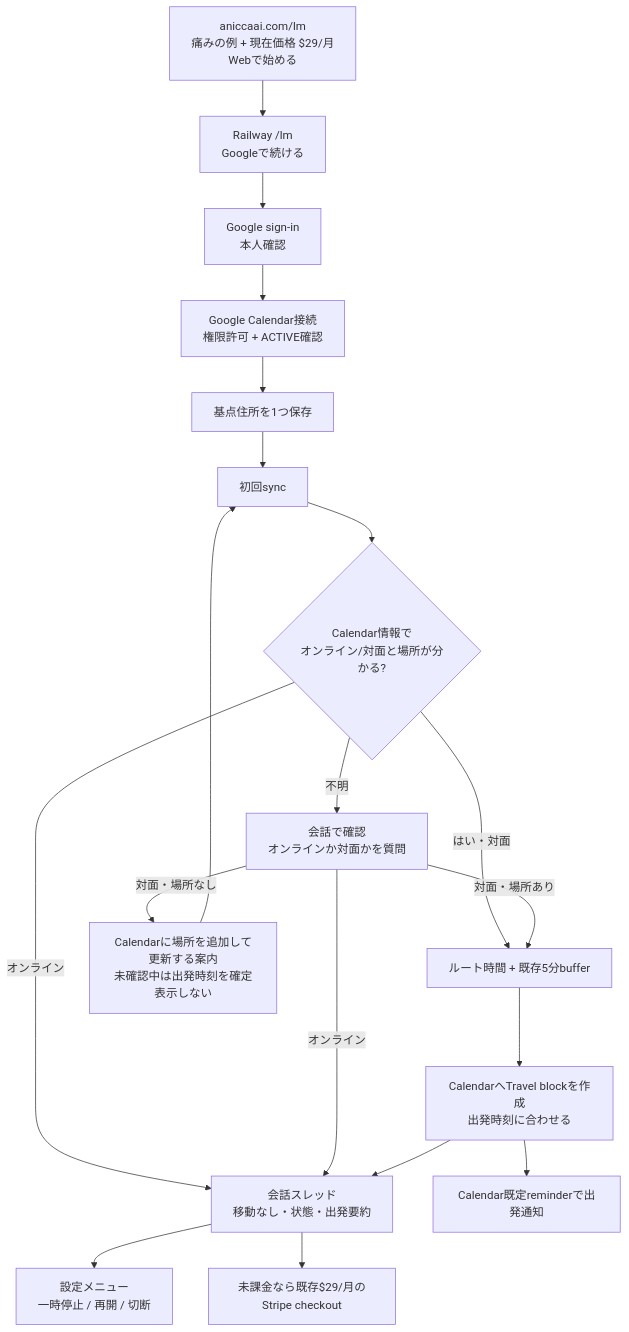
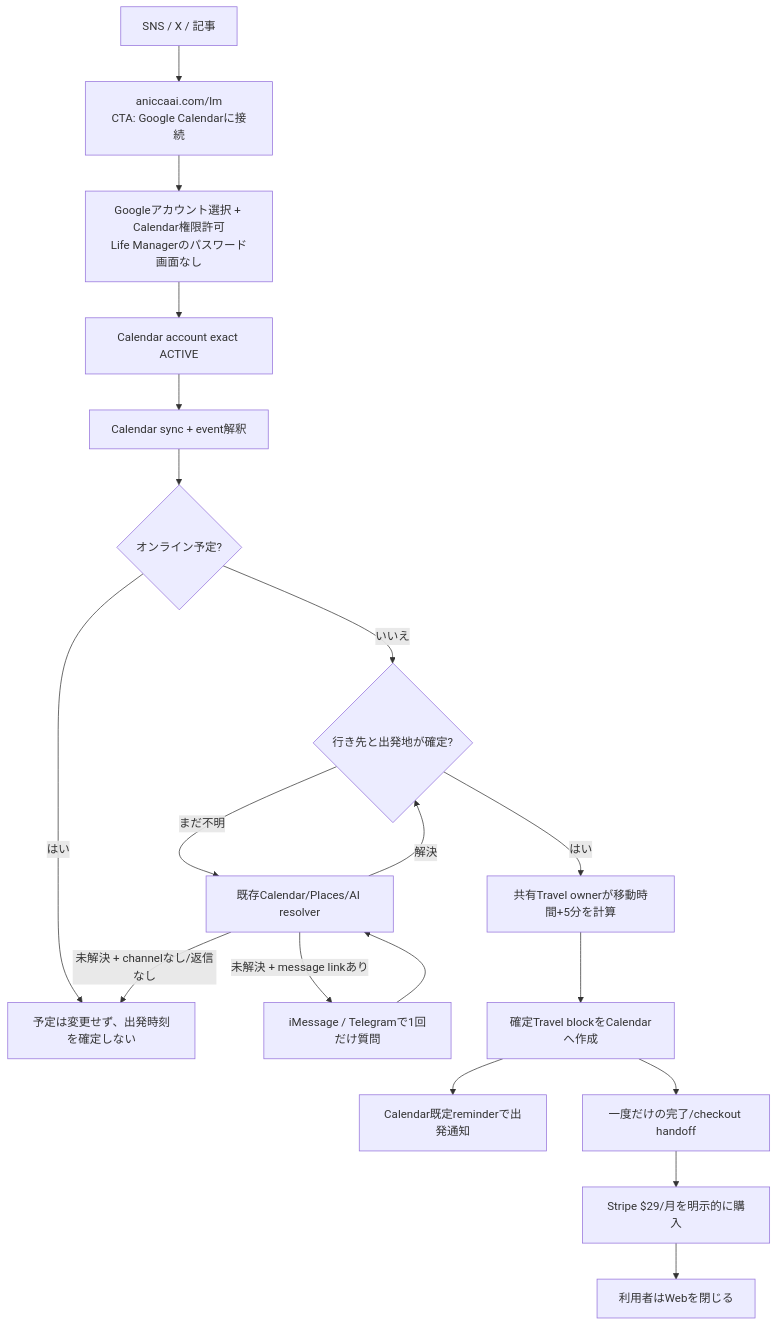
One commit to Daisuke134/life-manager changed the diagram in docs/superpowers/specs/2026-10-06-life-manager-web-first-travel-design.md. Above: the diagram before and after it, drawn with Mermaid. The commit also changed other lines of this file and 6 other files, not shown here.

````diff
--- a/docs/superpowers/specs/2026-10-06-life-manager-web-first-travel-design.md
+++ b/docs/superpowers/specs/2026-10-06-life-manager-web-first-travel-design.md
@@ -85,21 +84,21 @@
 ```mermaid
 flowchart TD
-    A[aniccaai.com/lm<br/>痛みの例 + 現在価格 $29/月<br/>Webで始める] --> B[Railway /lm<br/>Googleで続ける]
-    B --> C[Google sign-in<br/>本人確認]
-    C --> D[Google Calendar接続<br/>権限許可 + ACTIVE確認]
-    D --> E[基点住所を1つ保存]
-    E --> F[初回sync]
-    F --> G{Calendar情報で<br/>オンライン/対面と場所が分かる?}
-    G -- はい・対面 --> I[ルート時間 + 既存5分buffer]
-    G -- オンライン --> K[会話スレッド<br/>移動なし・状態・出発要約]
-    G -- 不明 --> H[会話で確認<br/>オンラインか対面かを質問]
-    H -- オンライン --> K
-    H -- 対面・場所あり --> I
-    H -- 対面・場所なし --> H2[Calendarに場所を追加して更新する案内<br/>未確認中は出発時刻を確定表示しない]
-    H2 --> F
-    I --> J[CalendarへTravel blockを作成<br/>出発時刻に合わせる]
-    J --> K
-    J --> L[Calendar既定reminderで出発通知]
-    K --> M[設定メニュー<br/>一時停止 / 再開 / 切断]
-    K --> N[未課金なら既存$29/月のStripe checkout]
+    A["SNS / X / 記事"] --> B["aniccaai.com/lm<br/>CTA: Google Calendarに接続"]
+    B --> C["Googleアカウント選択 + Calendar権限許可<br/>Life Managerのパスワード画面なし"]
+    C --> D["Calendar account exact ACTIVE"]
+    D --> E["Calendar sync + event解釈"]
+    E --> F{"オンライン予定?"}
+    F -- "はい" --> K["移動不要<br/>Travel blockなし"]
+    F -- "いいえ" --> G{"行き先と出発地が確定?"}
+    G -- "はい" --> H["共有Travel ownerが移動時間+5分を計算"]
+    G -- "まだ不明" --> I["既存Calendar/Places/AI resolver"]
+    I -- "解決" --> G
+    I -- "未解決 + message linkあり" --> J["iMessage / Telegramで1回だけ質問"]
+    J --> I
+    I -- "未解決 + channelなし/返信なし" --> K["予定は変更せず、出発時刻を確定しない"]
+    H --> L["確定Travel blockをCalendarへ作成"]
+    L --> O["Calendar既定reminderで出発通知"]
+    L --> P["一度だけの完了/checkout handoff"]
+    P --> M["Stripe $29/月を明示的に購入"]
+    M --> N["利用者はWebを閉じる"]
 ```
````
